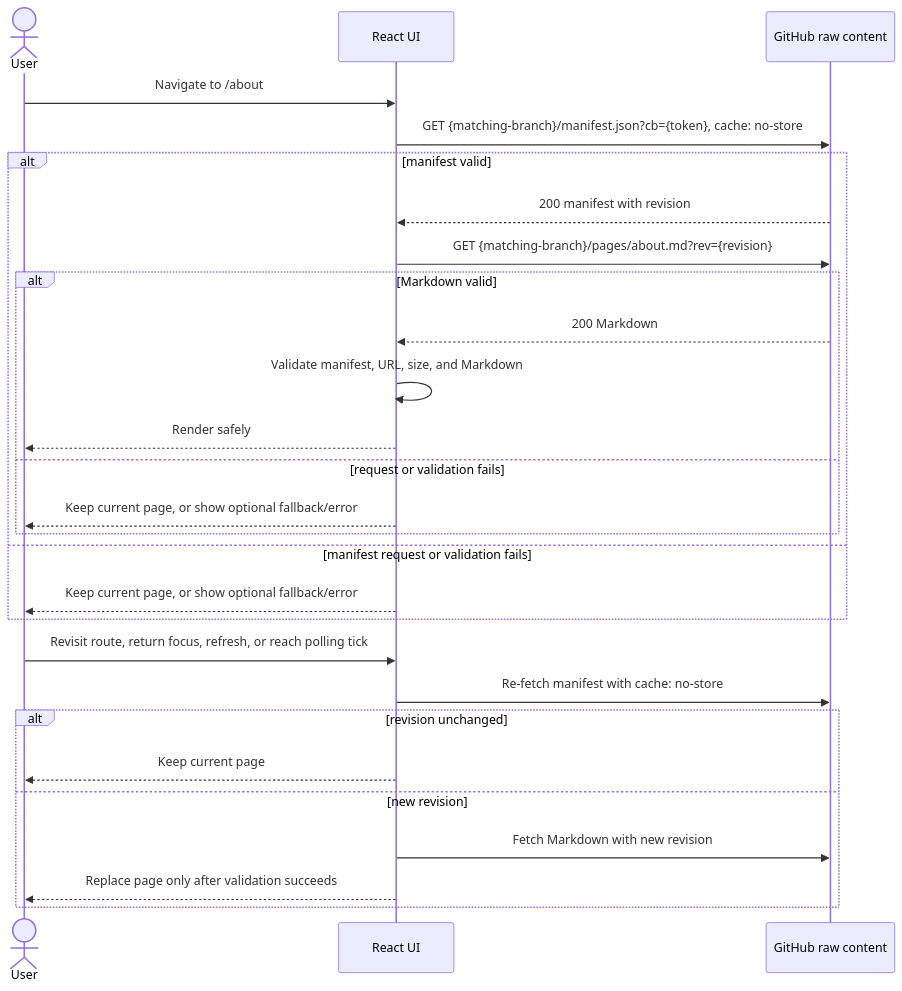
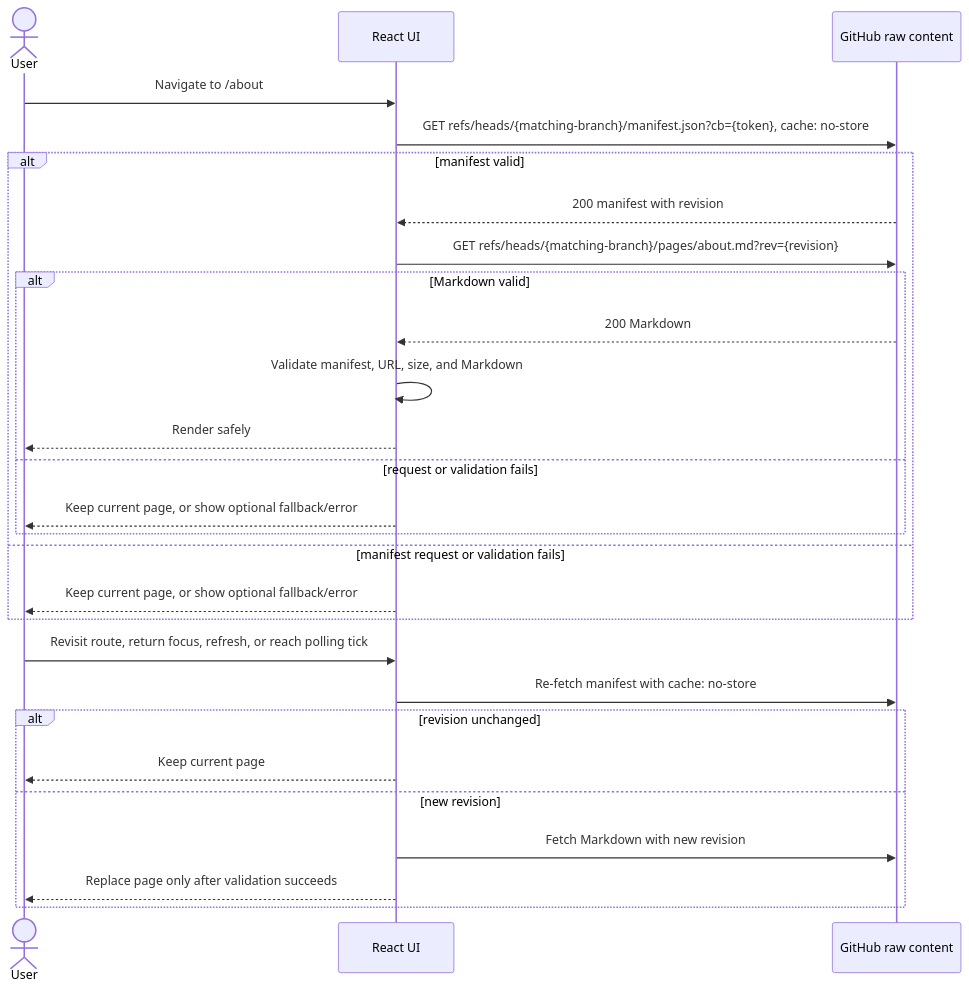
One commit to CBIIT/crdc-popsci-ui changed the third of 3 diagrams in docs/system-design/markdown-content-management.md. Above: the diagram before and after it, drawn with Mermaid. The commit also changed other lines of this file and 11 other files, not shown here.

````diff
--- a/docs/system-design/markdown-content-management.md
+++ b/docs/system-design/markdown-content-management.md
@@ -167,31 +167,31 @@
 ```mermaid
 sequenceDiagram
     actor User
     participant UI as React UI
     participant Raw as GitHub raw content
 
     User->>UI: Navigate to /about
-    UI->>Raw: GET {matching-branch}/manifest.json?cb={token}, cache: no-store
+    UI->>Raw: GET refs/heads/{matching-branch}/manifest.json?cb={token}, cache: no-store
     alt manifest valid
         Raw-->>UI: 200 manifest with revision
-        UI->>Raw: GET {matching-branch}/pages/about.md?rev={revision}
+        UI->>Raw: GET refs/heads/{matching-branch}/pages/about.md?rev={revision}
         alt Markdown valid
             Raw-->>UI: 200 Markdown
             UI->>UI: Validate manifest, URL, size, and Markdown
             UI-->>User: Render safely
         else request or validation fails
             UI-->>User: Keep current page, or show optional fallback/error
         end
     else manifest request or validation fails
         UI-->>User: Keep current page, or show optional fallback/error
     end
 
     User->>UI: Revisit route, return focus, refresh, or reach polling tick
     UI->>Raw: Re-fetch manifest with cache: no-store
     alt revision unchanged
         UI-->>User: Keep current page
     else new revision
         UI->>Raw: Fetch Markdown with new revision
         UI-->>User: Replace page only after validation succeeds
     end
 ```
````
